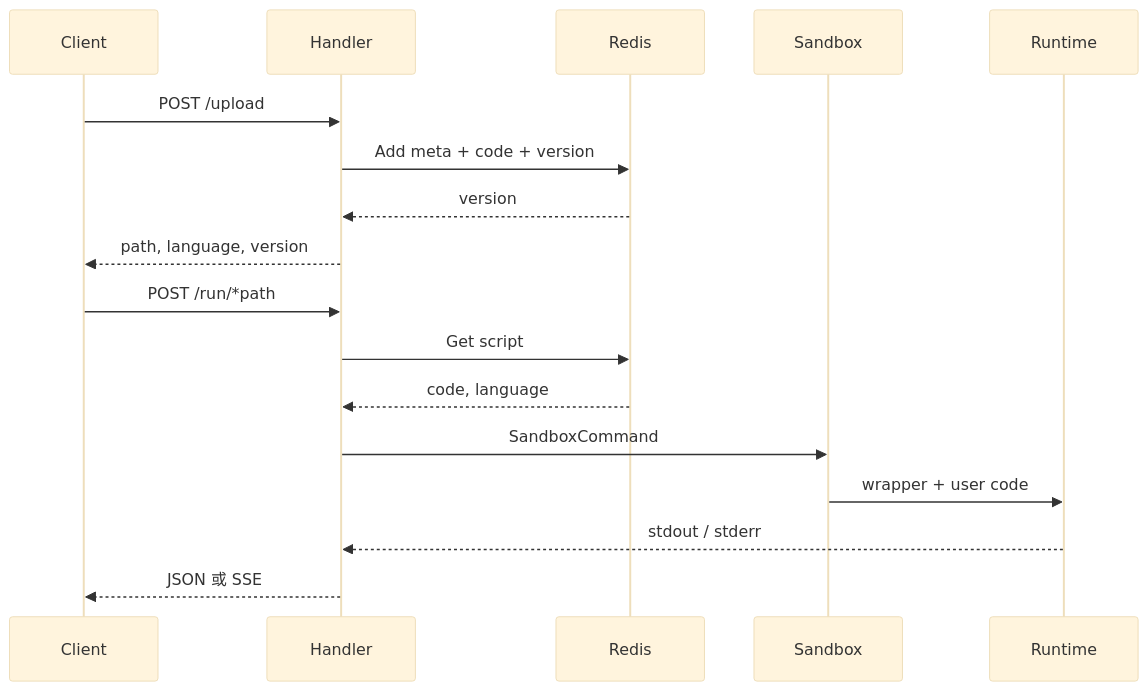
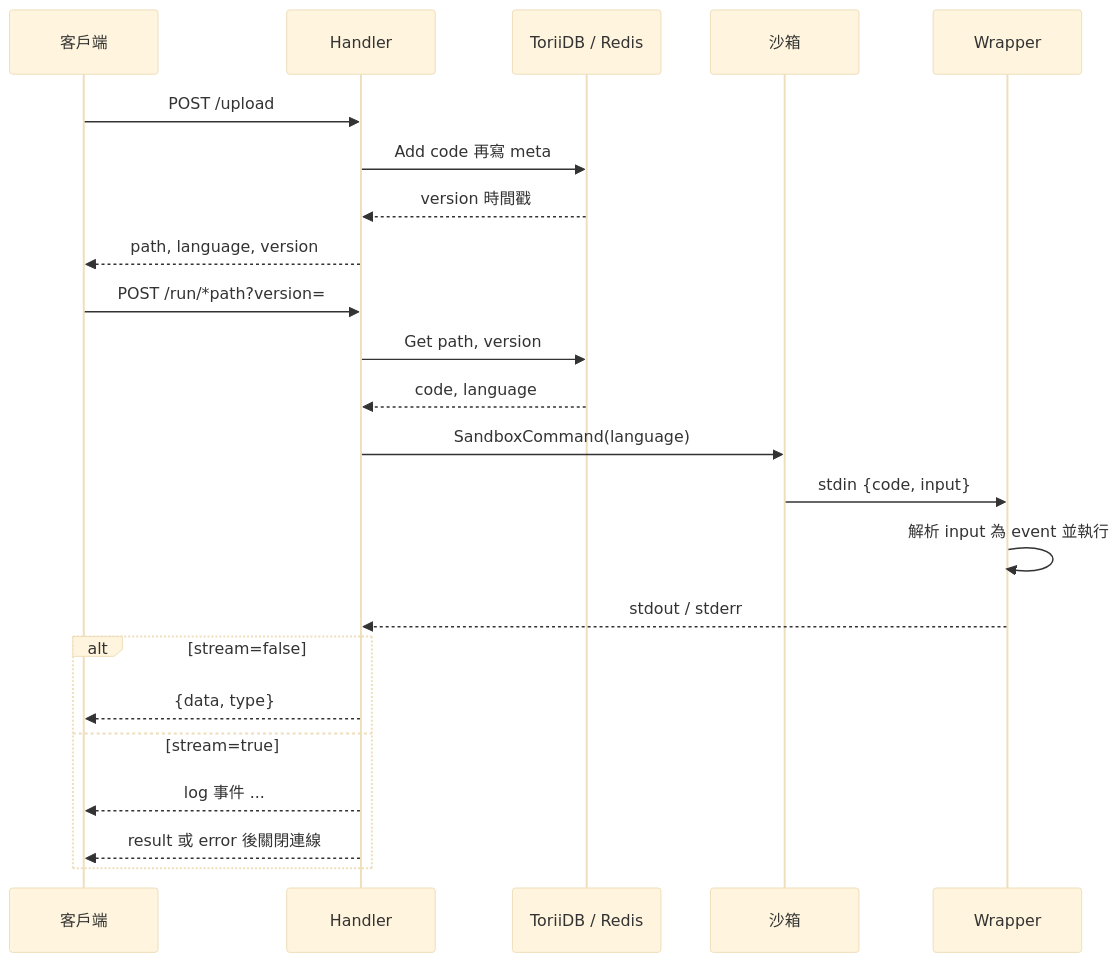
The ninth of 10 diagrams in doc/architecture.zh.md (pardnchiu/HakoRun), drawn with Mermaid (base theme) before and after one commit. The commit also changed other lines of this file and 17 other files, not shown here.

````diff
--- a/doc/architecture.zh.md
+++ b/doc/architecture.zh.md
@@ -100,19 +179,25 @@
 ```mermaid
 sequenceDiagram
-    participant Client
+    participant Client as 客戶端
     participant Handler
-    participant Redis
-    participant Sandbox
-    participant Runtime
+    participant Store as ToriiDB / Redis
+    participant Sandbox as 沙箱
+    participant Wrapper
     Client->>Handler: POST /upload
-    Handler->>Redis: Add meta + code + version
-    Redis-->>Handler: version
+    Handler->>Store: Add code 再寫 meta
+    Store-->>Handler: version 時間戳
     Handler-->>Client: path, language, version
-    Client->>Handler: POST /run/*path
-    Handler->>Redis: Get script
-    Redis-->>Handler: code, language
-    Handler->>Sandbox: SandboxCommand
-    Sandbox->>Runtime: wrapper + user code
-    Runtime-->>Handler: stdout / stderr
-    Handler-->>Client: JSON 或 SSE
+    Client->>Handler: POST /run/*path?version=
+    Handler->>Store: Get path, version
+    Store-->>Handler: code, language
+    Handler->>Sandbox: SandboxCommand(language)
+    Sandbox->>Wrapper: stdin {code, input}
+    Wrapper->>Wrapper: 解析 input 為 event 並執行
+    Wrapper-->>Handler: stdout / stderr
+    alt stream=false
+        Handler-->>Client: {data, type}
+    else stream=true
+        Handler-->>Client: log 事件 ...
+        Handler-->>Client: result 或 error 後關閉連線
+    end
 ```
````
